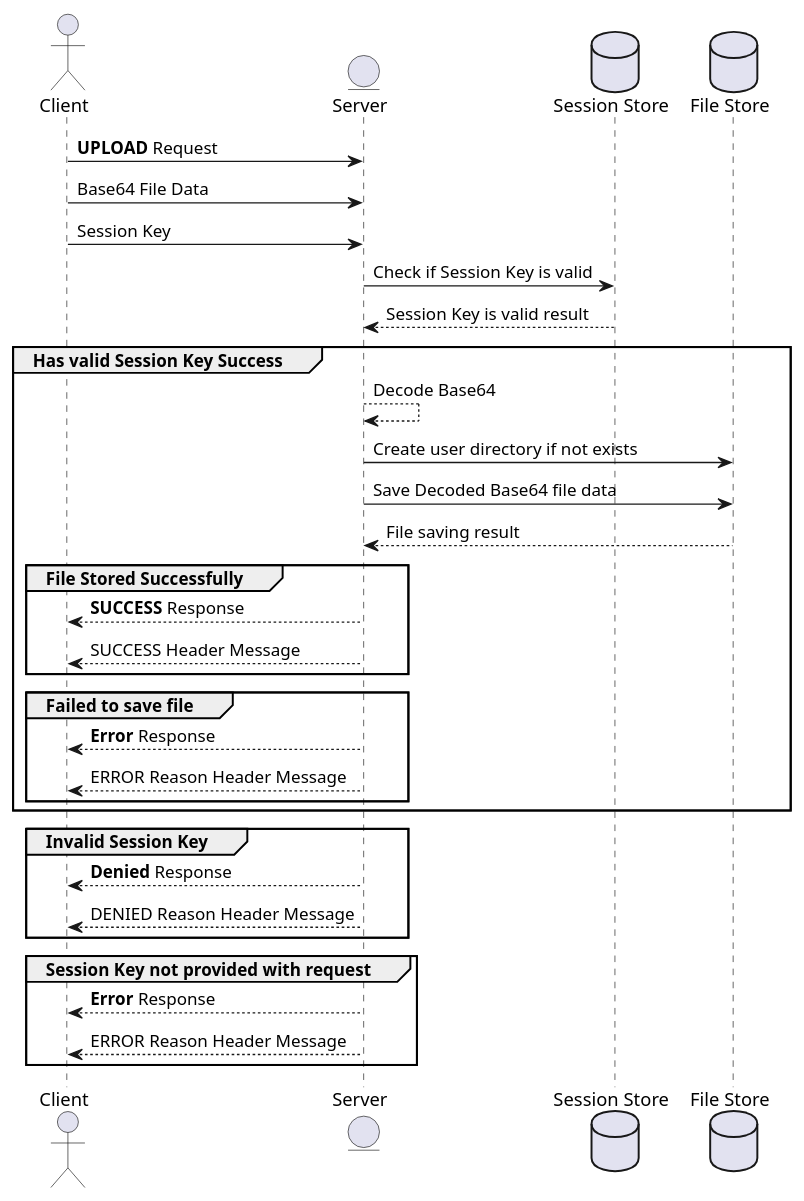
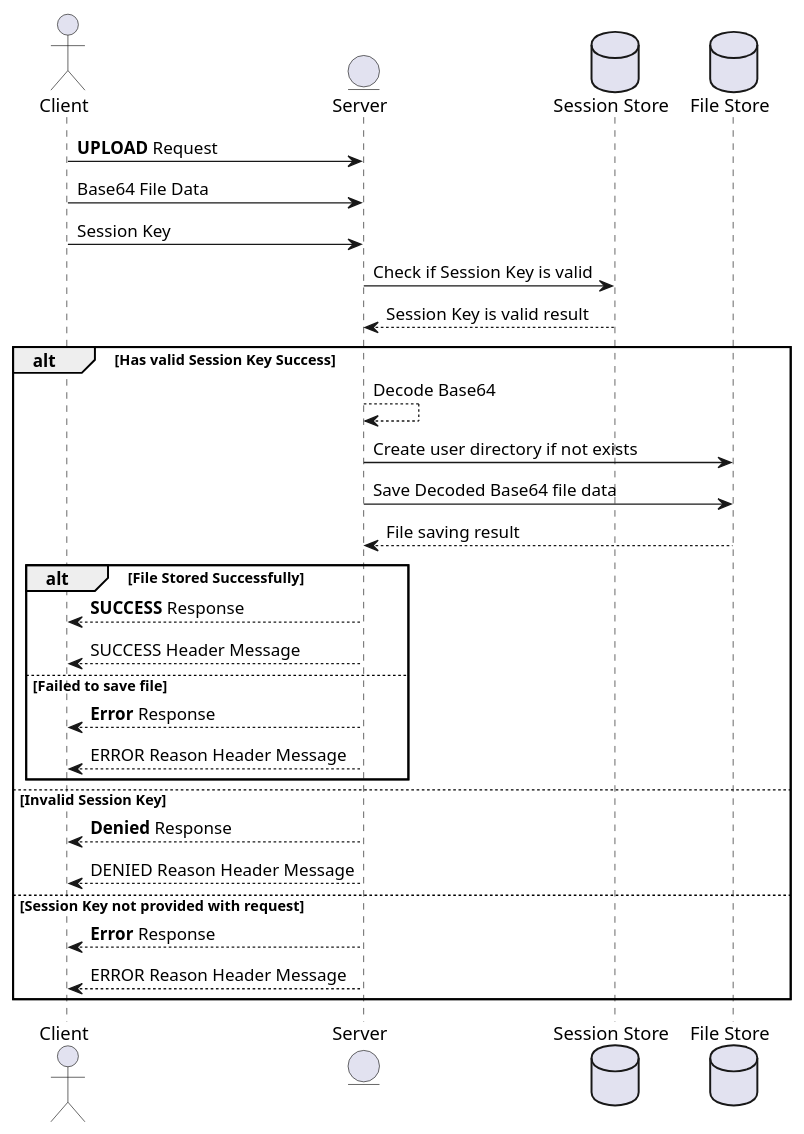
Before and after one commit to mdgriffin/distributed-computing-project: the diagram in diagrams/upload_sequence.puml, drawn with PlantUML. The commit also changed 4 other files, not shown here.

```diff
--- a/diagrams/upload_sequence.puml
+++ b/diagrams/upload_sequence.puml
@@ -1,40 +1,36 @@
 @startuml
 actor Client
 entity Server
 Database "Session Store"
 Database "File Store"
 
 Client -> Server: **UPLOAD** Request
 Client -> Server: Base64 File Data
 Client -> Server: Session Key
 
 Server -> "Session Store": Check if Session Key is valid
 "Session Store" --> Server: Session Key is valid result
 
-group Has valid Session Key Success
+alt Has valid Session Key Success
     Server --> Server: Decode Base64
     Server -> "File Store": Create user directory if not exists
     Server -> "File Store": Save Decoded Base64 file data
     "File Store" --> Server: File saving result
 
-    group File Stored Successfully
+    alt File Stored Successfully
         Server --> Client: **SUCCESS** Response
         Server --> Client: SUCCESS Header Message
-    end
-
-    group Failed to save file
+    else Failed to save file
         Server --> Client: **Error** Response
         Server --> Client: ERROR Reason Header Message
     end
-end
 
-group Invalid Session Key
+else Invalid Session Key
     Server --> Client: **Denied** Response
     Server --> Client: DENIED Reason Header Message
-end
 
-group Session Key not provided with request
+else Session Key not provided with request
     Server --> Client: **Error** Response
     Server --> Client: ERROR Reason Header Message
 end
 @enduml
```
